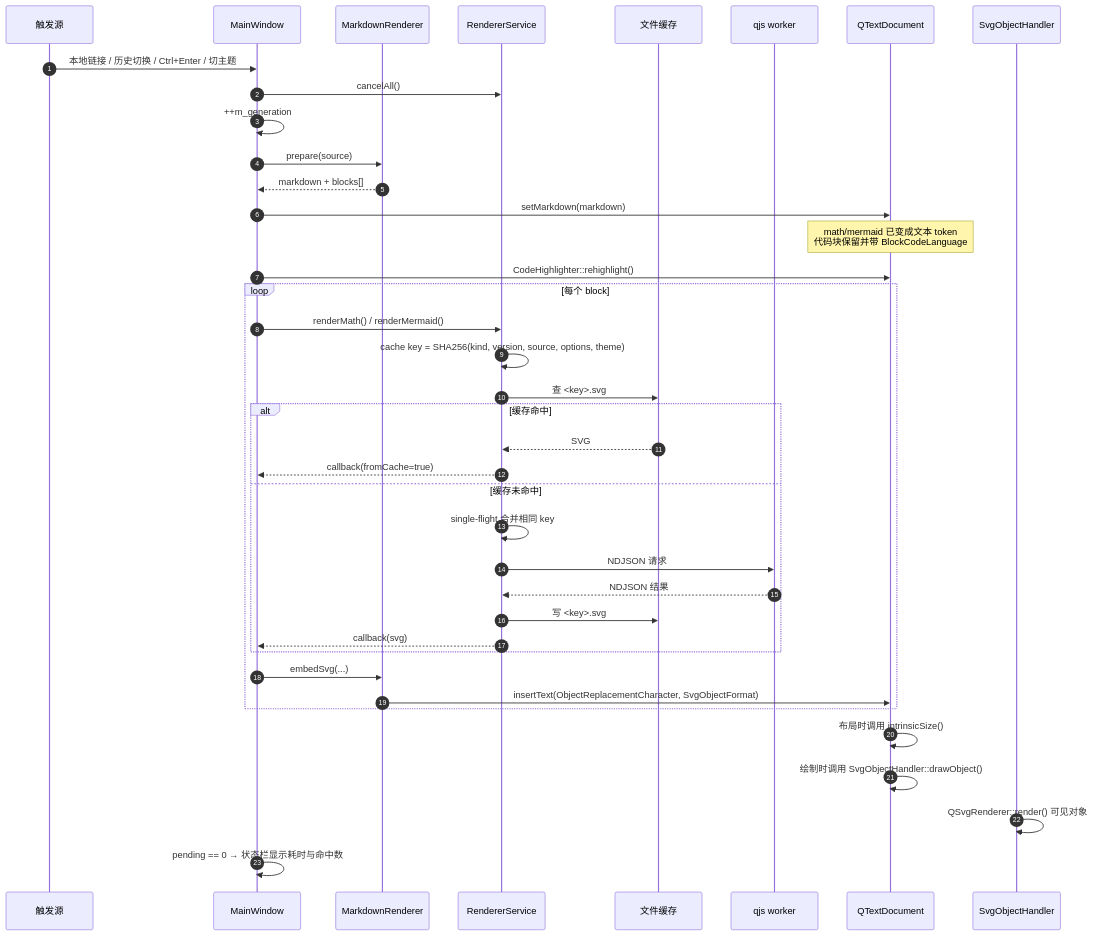
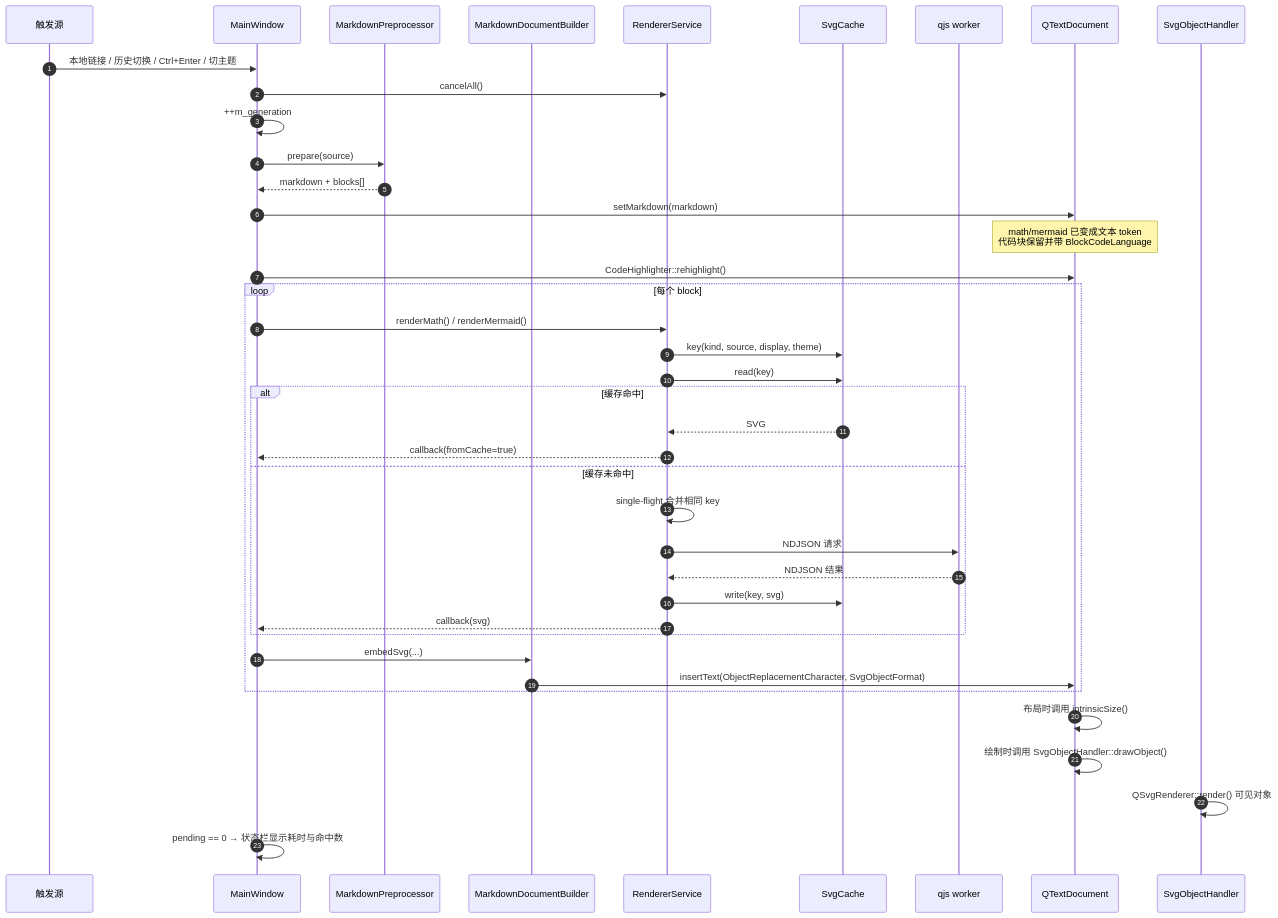
The second of 9 diagrams in docs/FLOW.md (iLogIng/qt-rich-text-renderer), drawn with Mermaid before and after one commit. The commit also changed other lines of this file and 3 other files, not shown here.

````diff
--- a/docs/FLOW.md
+++ b/docs/FLOW.md
@@ -51,43 +51,44 @@
 ```mermaid
 sequenceDiagram
     autonumber
     participant U as 触发源
     participant MW as MainWindow
-    participant MR as MarkdownRenderer
+    participant MP as MarkdownPreprocessor
+    participant MDB as MarkdownDocumentBuilder
     participant RS as RendererService
-    participant FS as 文件缓存
+    participant SC as SvgCache
     participant Q as qjs worker
     participant TD as QTextDocument
 
     U->>MW: 本地链接 / 历史切换 / Ctrl+Enter / 切主题
     MW->>RS: cancelAll()
     MW->>MW: ++m_generation
-    MW->>MR: prepare(source)
-    MR-->>MW: markdown + blocks[]
+    MW->>MP: prepare(source)
+    MP-->>MW: markdown + blocks[]
     MW->>TD: setMarkdown(markdown)
     Note over TD: math/mermaid 已变成文本 token<br/>代码块保留并带 BlockCodeLanguage
     MW->>TD: CodeHighlighter::rehighlight()
 
     loop 每个 block
         MW->>RS: renderMath() / renderMermaid()
-        RS->>RS: cache key = SHA256(kind, version, source, options, theme)
-        RS->>FS: 查 <key>.svg
+        RS->>SC: key(kind, source, display, theme)
+        RS->>SC: read(key)
         alt 缓存命中
-            FS-->>RS: SVG
+            SC-->>RS: SVG
             RS-->>MW: callback(fromCache=true)
         else 缓存未命中
             RS->>RS: single-flight 合并相同 key
             RS->>Q: NDJSON 请求
             Q-->>RS: NDJSON 结果
-            RS->>FS: 写 <key>.svg
+            RS->>SC: write(key, svg)
             RS-->>MW: callback(svg)
         end
-        MW->>MR: embedSvg(...)
-        MR->>TD: insertText(ObjectReplacementCharacter, SvgObjectFormat)
+        MW->>MDB: embedSvg(...)
+        MDB->>TD: insertText(ObjectReplacementCharacter, SvgObjectFormat)
     end
 
     TD->>TD: 布局时调用 intrinsicSize()
     TD->>TD: 绘制时调用 SvgObjectHandler::drawObject()
     SvgObjectHandler->>SvgObjectHandler: QSvgRenderer::render() 可见对象
     MW->>MW: pending == 0 → 状态栏显示耗时与命中数
 ```
````
